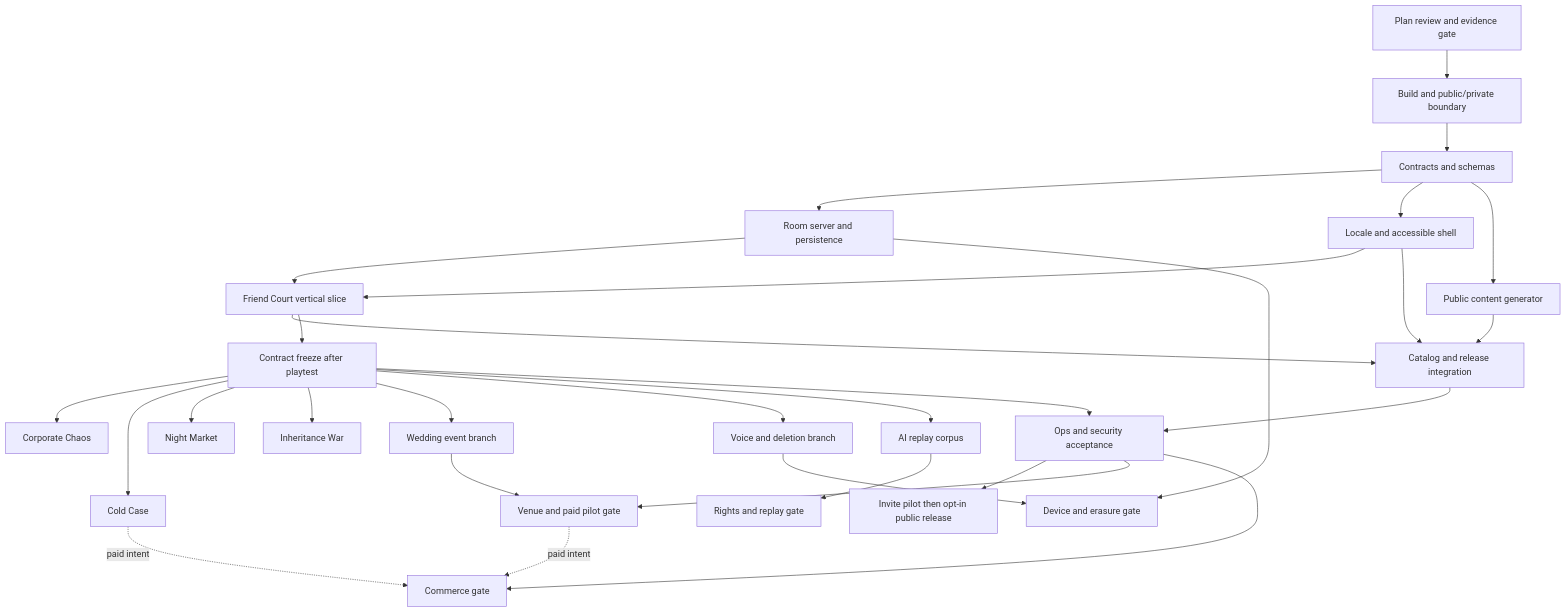
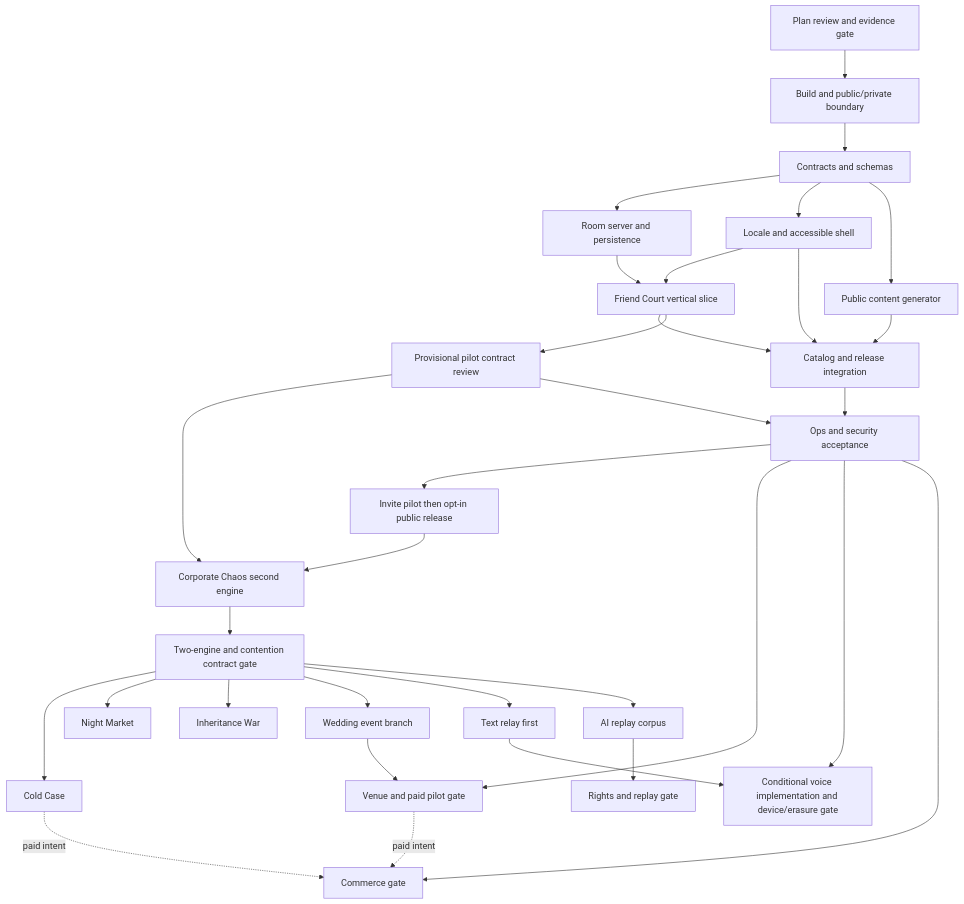
The diagram in docs/planning/IMPLEMENTATION_ROADMAP.md (dungnguyenq237/party-paper), drawn with Mermaid before and after one commit. The commit also changed other lines of this file, not shown here.

Commit message:
docs: synchronize implementation_roadmap with review

````diff
--- a/docs/planning/IMPLEMENTATION_ROADMAP.md
+++ b/docs/planning/IMPLEMENTATION_ROADMAP.md
@@ -5,32 +5,34 @@
 ```mermaid
 flowchart TD
   P0[Plan review and evidence gate] --> F1[Build and public/private boundary]
   F1 --> F2[Contracts and schemas]
   F2 --> F3[Room server and persistence]
   F2 --> P1[Locale and accessible shell]
   F2 --> A1[Public content generator]
   F3 --> S1[Friend Court vertical slice]
   P1 --> S1
   A1 --> I1[Catalog and release integration]
   P1 --> I1
   S1 --> I1
-  S1 --> R1[Contract freeze after playtest]
-  R1 --> G2[Corporate Chaos]
-  R1 --> G3[Cold Case]
-  R1 --> G4[Night Market]
-  R1 --> G5[Inheritance War]
-  R1 --> G6[Wedding event branch]
-  R1 --> G7[Voice and deletion branch]
-  R1 --> G8[AI replay corpus]
+  S1 --> R1[Provisional pilot contract review]
+  L1 --> G2[Corporate Chaos second engine]
+  R1 --> G2
+  G2 --> R2[Two-engine and contention contract gate]
+  R2 --> G3[Cold Case]
+  R2 --> G4[Night Market]
+  R2 --> G5[Inheritance War]
+  R2 --> G6[Wedding event branch]
+  R2 --> G7[Text relay first]
+  R2 --> G8[AI replay corpus]
   R1 --> O1[Ops and security acceptance]
   I1 --> O1
   O1 --> L1[Invite pilot then opt-in public release]
   O1 --> E1
-  F3 --> V1
+  O1 --> V1
   G6 --> E1[Venue and paid pilot gate]
-  G7 --> V1[Device and erasure gate]
+  G7 --> V1[Conditional voice implementation and device/erasure gate]
   G8 --> C1[Rights and replay gate]
   E1 -. paid intent .-> B1[Commerce gate]
   G3 -. paid intent .-> B1
   O1 --> B1
 ```
````
